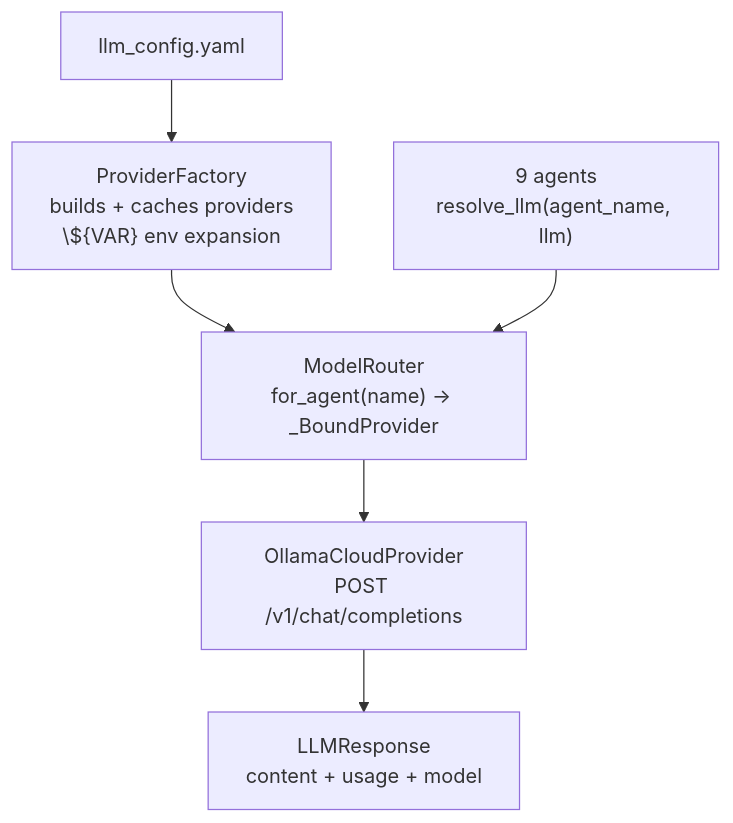
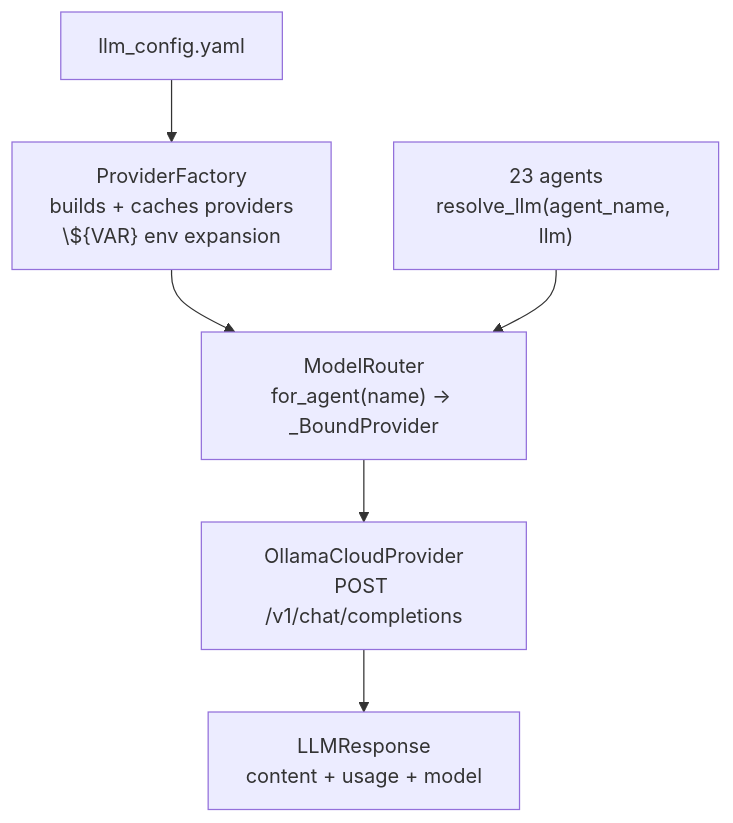
Diagram 12 of 19 in docs/architecture.md (atandra2000/AutonomousResearcher), drawn with Mermaid before and after one commit. The commit also changed other lines of this file and 54 other files, not shown here.

````diff
--- a/docs/architecture.md
+++ b/docs/architecture.md
@@ -317,8 +355,8 @@
 ```mermaid
 flowchart TD
     CFG["llm_config.yaml"] --> FAC["ProviderFactory<br/>builds + caches providers<br/>\${VAR} env expansion"]
     FAC --> ROUT["ModelRouter<br/>for_agent(name) → _BoundProvider"]
     ROUT --> PROV["OllamaCloudProvider<br/>POST /v1/chat/completions"]
-    AGENTS["9 agents<br/>resolve_llm(agent_name, llm)"] --> ROUT
+    AGENTS["23 agents<br/>resolve_llm(agent_name, llm)"] --> ROUT
     PROV --> RESP["LLMResponse<br/>content + usage + model"]
 ```
````
